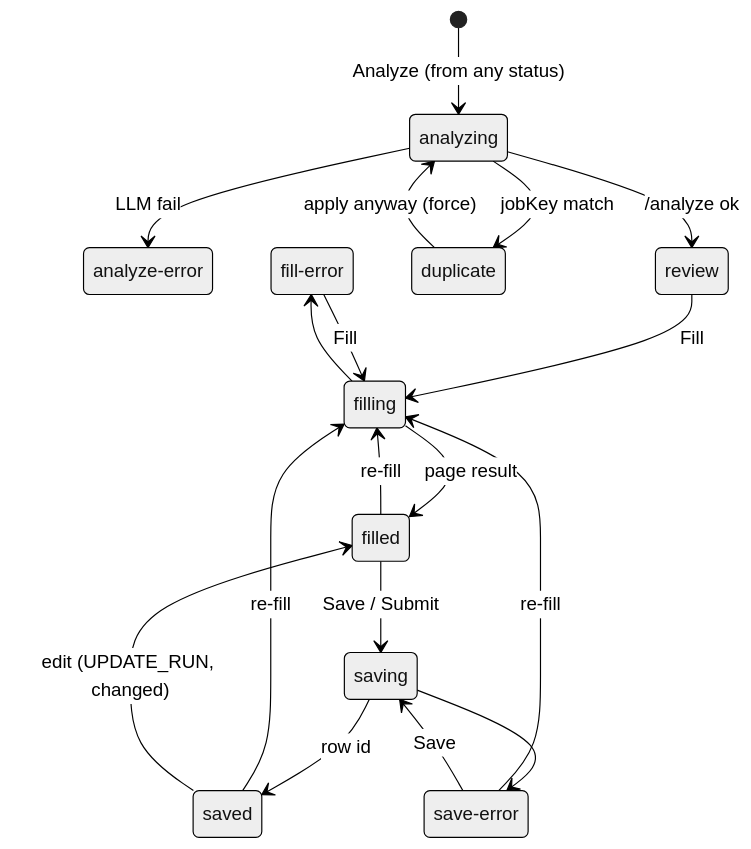
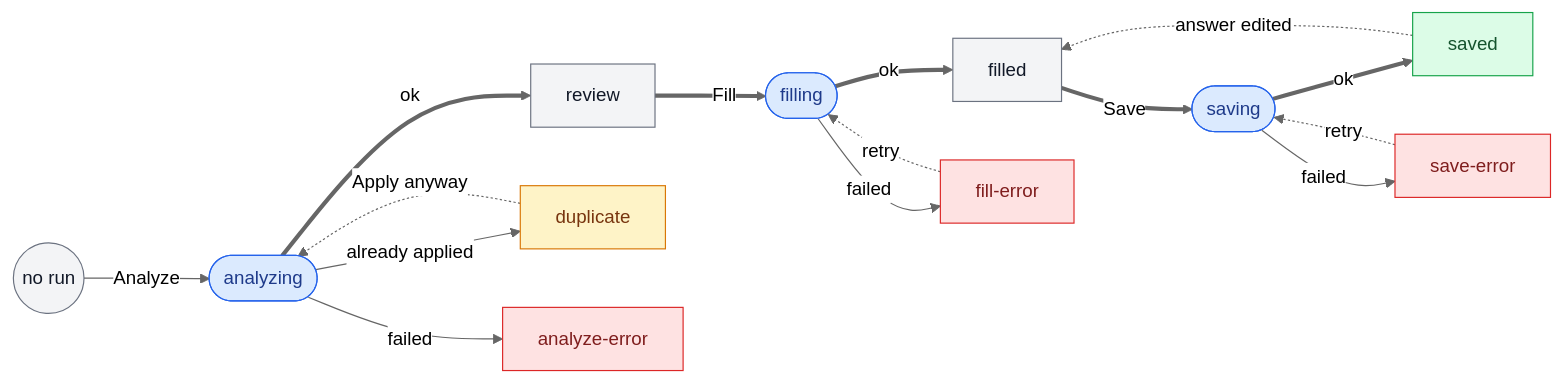
Before and after one commit to Akhtam/djobi: the second of 2 diagrams in apps/extension/README.md, drawn with Mermaid (neutral theme). The commit also changed other lines of this file and 1 other file, not shown here.

Commit message:
improve extension state machine diagram

````diff
--- a/apps/extension/README.md
+++ b/apps/extension/README.md
@@ -104,26 +104,48 @@
 ```mermaid
-stateDiagram-v2
-  state "analyze-error" as analyzeError
-  state "fill-error" as fillError
-  state "save-error" as saveError
+flowchart LR
+  start((no run))
 
-  [*] --> analyzing : Analyze (from any status)
-  analyzing --> duplicate : jobKey match
-  analyzing --> analyzeError : LLM fail
-  analyzing --> review : /analyze ok
-  duplicate --> analyzing : apply anyway (force)
+  analyzing([analyzing])
+  review[review]
+  filling([filling])
+  filled[filled]
+  saving([saving])
+  saved[saved]
 
-  review --> filling : Fill
-  fillError --> filling : Fill
-  filled --> filling : re-fill
-  saveError --> filling : re-fill
-  saved --> filling : re-fill
-  filling --> filled : page result
-  filling --> fillError
+  duplicate[duplicate]
+  analyzeError[analyze-error]
+  fillError[fill-error]
+  saveError[save-error]
 
-  filled --> saving : Save / Submit
-  saveError --> saving : Save
-  saving --> saved : row id
-  saving --> saveError
-  saved --> filled : edit (UPDATE_RUN, changed)
+  %% Happy path
+  start -- Analyze --> analyzing
+  analyzing == ok ==> review
+  review == Fill ==> filling
+  filling == ok ==> filled
+  filled == Save ==> saving
+  saving == ok ==> saved
+
+  %% Side exits
+  analyzing -- already applied --> duplicate
+  analyzing -- failed --> analyzeError
+  filling -- failed --> fillError
+  saving -- failed --> saveError
+
+  %% Ways back
+  duplicate -. Apply anyway .-> analyzing
+  fillError -. retry .-> filling
+  saveError -. retry .-> saving
+  saved -. answer edited .-> filled
+
+  classDef busy fill:#dbeafe,stroke:#2563eb,color:#1e3a8a
+  classDef idle fill:#f3f4f6,stroke:#6b7280,color:#111827
+  classDef done fill:#dcfce7,stroke:#16a34a,color:#14532d
+  classDef warn fill:#fef3c7,stroke:#d97706,color:#78350f
+  classDef error fill:#fee2e2,stroke:#dc2626,color:#7f1d1d
+
+  class start,review,filled idle
+  class analyzing,filling,saving busy
+  class saved done
+  class duplicate warn
+  class analyzeError,fillError,saveError error
 ```
````
